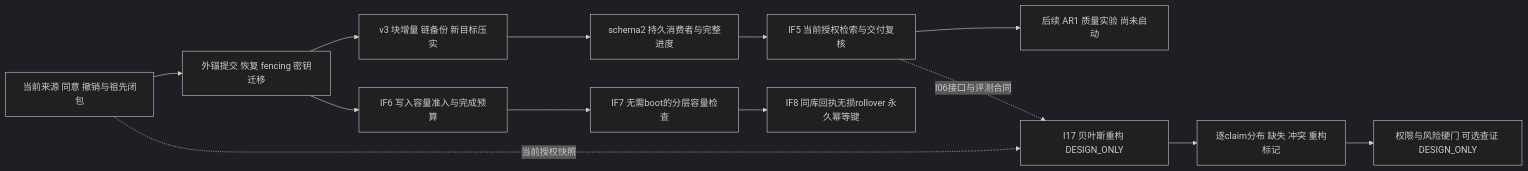
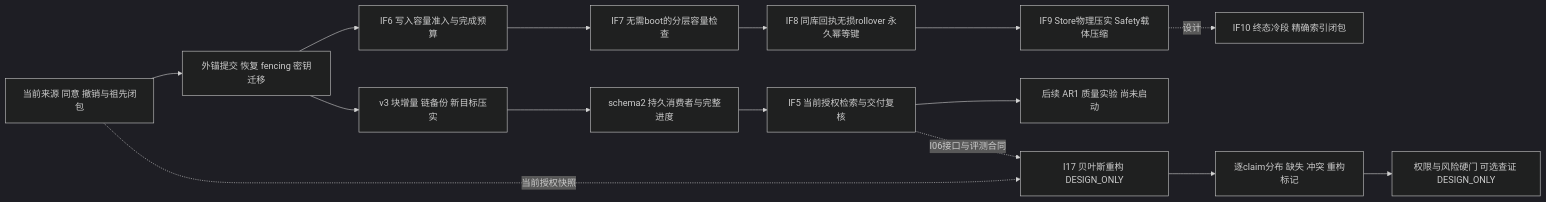
The diagram in docs/AEMC-DEVELOPMENT-STATUS.md (saigyujikingyo-png/companion-core), drawn with Mermaid (dark theme) before and after one commit. The commit also changed other lines of this file and 17 other files, not shown here.

````diff
--- a/docs/AEMC-DEVELOPMENT-STATUS.md
+++ b/docs/AEMC-DEVELOPMENT-STATUS.md
@@ -7,15 +7,17 @@
 ```mermaid
 flowchart LR
   A[当前来源 同意 撤销与祖先闭包] --> B[外锚提交 恢复 fencing 密钥迁移]
   B --> C[v3 块增量 链备份 新目标压实]
   C --> D[schema2 持久消费者与完整进度]
   D --> E[IF5 当前授权检索与交付复核]
   B --> F[IF6 写入容量准入与完成预算]
   F --> H[IF7 无需boot的分层容量检查]
   H --> R[IF8 同库回执无损rollover 永久幂等键]
+  R --> S[IF9 Store物理压实 Safety载体压缩]
+  S -. 设计 .-> L[IF10 终态冷段 精确索引闭包]
   E --> G[后续 AR1 质量实验 尚未启动]
   A -. 当前授权快照 .-> Q[I17 贝叶斯重构 DESIGN_ONLY]
   E -. I06接口与评测合同 .-> Q
   Q --> M[逐claim分布 缺失 冲突 重构标记]
   M --> V[权限与风险硬门 可选查证 DESIGN_ONLY]
 ```
````
